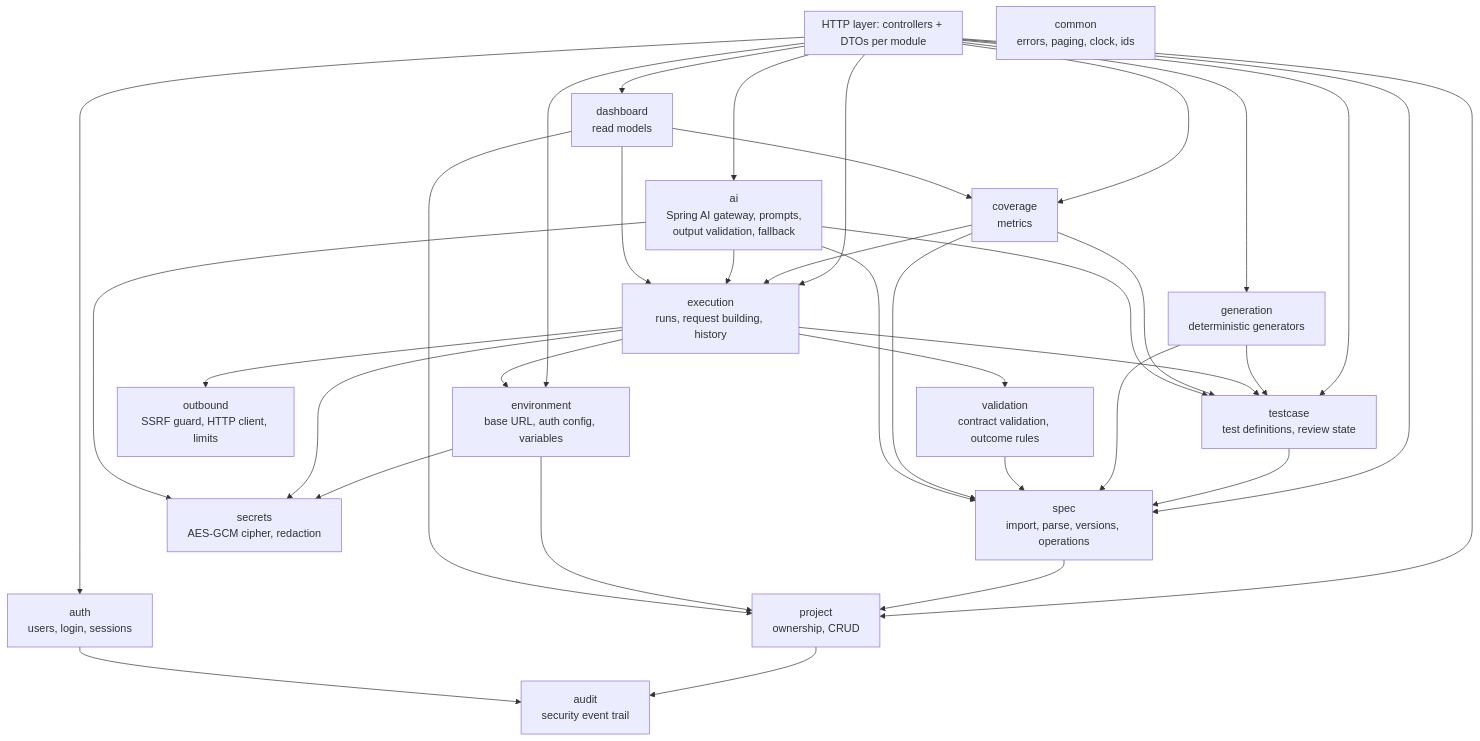
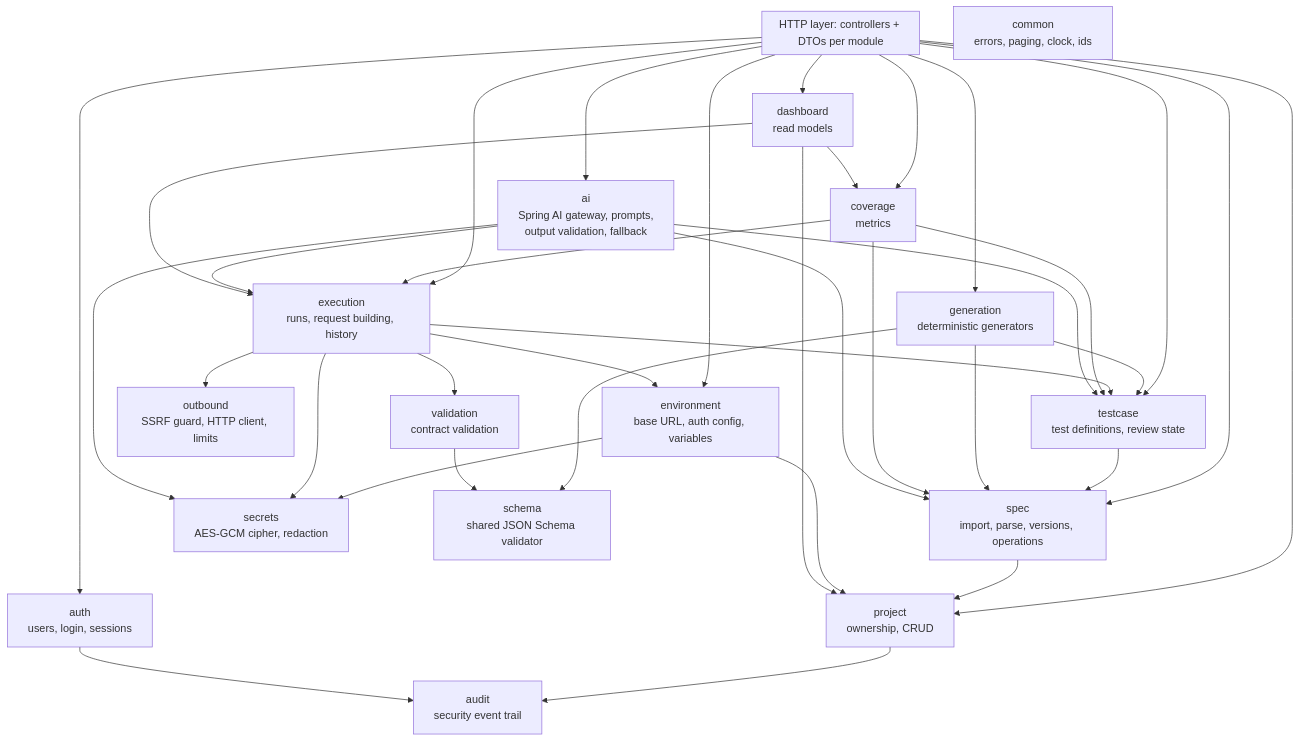
One commit to alifsafiuddin/APIForge changed the second of 5 diagrams in docs/ARCHITECTURE.md. Above: the diagram before and after it, drawn with Mermaid. The commit also changed other lines of this file and 62 other files, not shown here.

````diff
--- a/docs/ARCHITECTURE.md
+++ b/docs/ARCHITECTURE.md
@@ -58,33 +58,34 @@
 ```mermaid
 flowchart TB
     subgraph web[HTTP layer: controllers + DTOs per module]
     end
     auth[auth<br/>users, login, sessions]
     audit[audit<br/>security event trail]
     project[project<br/>ownership, CRUD]
     spec[spec<br/>import, parse, versions, operations]
     env[environment<br/>base URL, auth config, variables]
     secrets[secrets<br/>AES-GCM cipher, redaction]
     testcase[testcase<br/>test definitions, review state]
     gen[generation<br/>deterministic generators]
     exec[execution<br/>runs, request building, history]
     outbound[outbound<br/>SSRF guard, HTTP client, limits]
-    validation[validation<br/>contract validation, outcome rules]
+    validation[validation<br/>contract validation]
+    schema[schema<br/>shared JSON Schema validator]
     coverage[coverage<br/>metrics]
     ai[ai<br/>Spring AI gateway, prompts,<br/>output validation, fallback]
     dashboard[dashboard<br/>read models]
     common[common<br/>errors, paging, clock, ids]
 
     web --> auth & project & spec & env & testcase & gen & exec & coverage & ai & dashboard
     project --> audit
     auth --> audit
     spec --> project
     env --> project & secrets
     testcase --> spec
-    gen --> spec & testcase
+    gen --> spec & testcase & schema
     exec --> env & testcase & outbound & validation & secrets
-    validation --> spec
+    validation --> schema
     coverage --> spec & testcase & exec
     ai --> spec & testcase & exec & secrets
     dashboard --> project & exec & coverage
 ```
````
